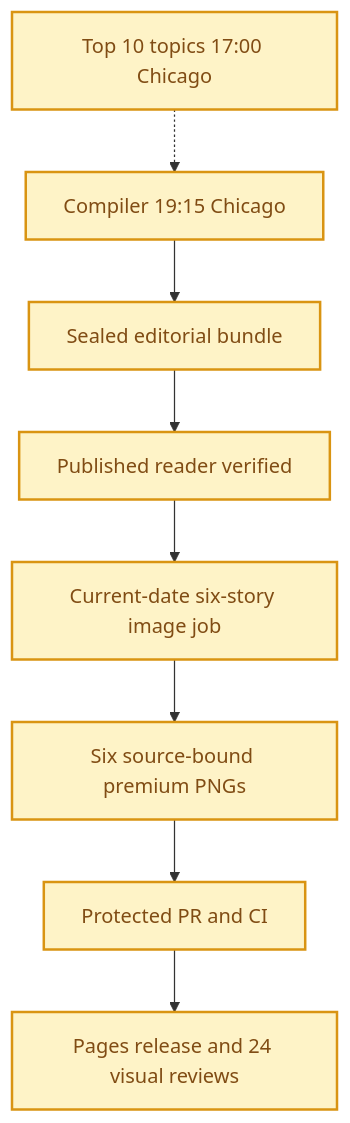
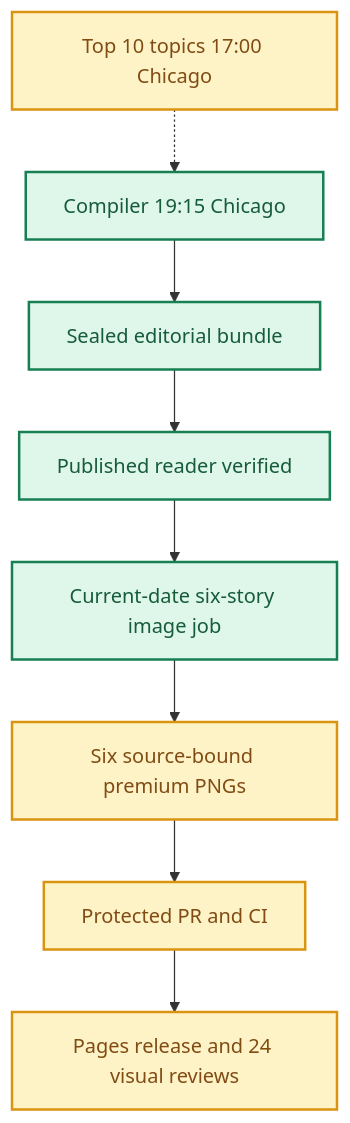
Before and after one commit to gttome/Daily-AI-Brief-Compiler: the diagram in daily/2026-11-02/combined.md, drawn with Mermaid. The commit also changed other lines of this file and 52 other files, not shown here.

````diff
--- a/daily/2026-11-02/combined.md
+++ b/daily/2026-11-02/combined.md
@@ -68,15 +69,15 @@
 ```mermaid
 flowchart TD
   T["Top 10 topics 17:00 Chicago"] -.-> A["Compiler 19:15 Chicago"]
   A --> B["Sealed editorial bundle"]
   B --> C["Published reader verified"]
   C --> D["Current-date six-story image job"]
   D --> E["Six source-bound premium PNGs"]
   E --> F["Protected PR and CI"]
   F --> G["Pages release and 24 visual reviews"]
   classDef done fill:#dff6eb,color:#165c39,stroke:#168052,stroke-width:2px
   classDef uncertain fill:#fef3c7,color:#804c14,stroke:#d99412,stroke-width:2px
-  class A,B,C,D uncertain
+  class A,B,C,D done
   class E,F,G uncertain
   class T uncertain
 ```
````
